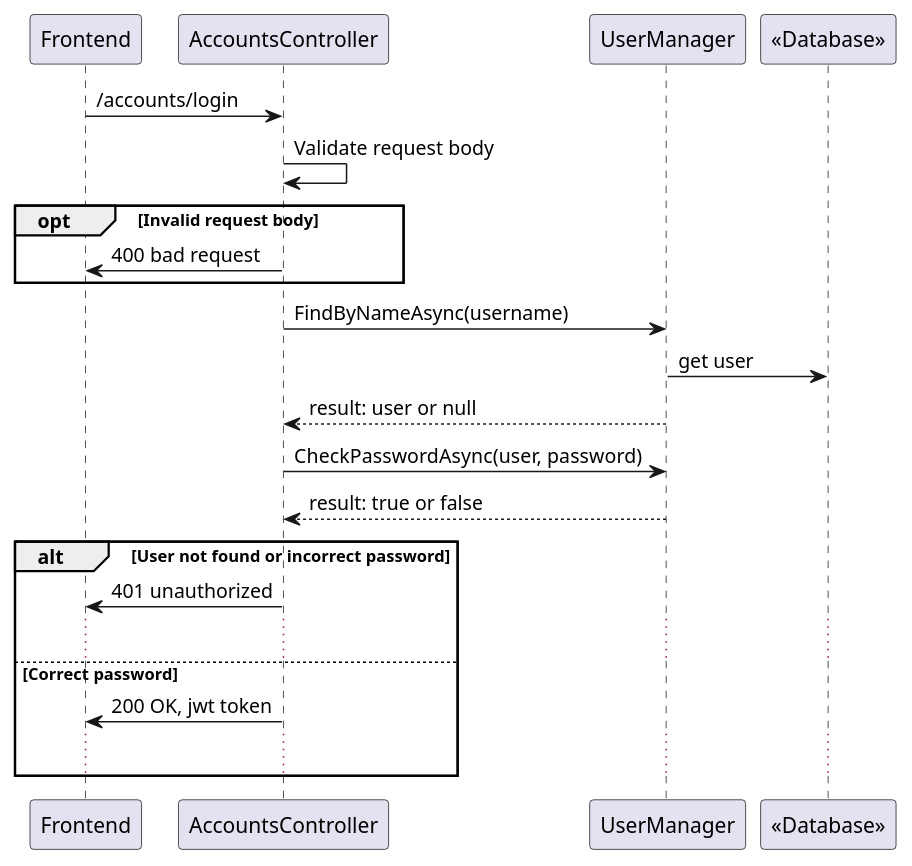
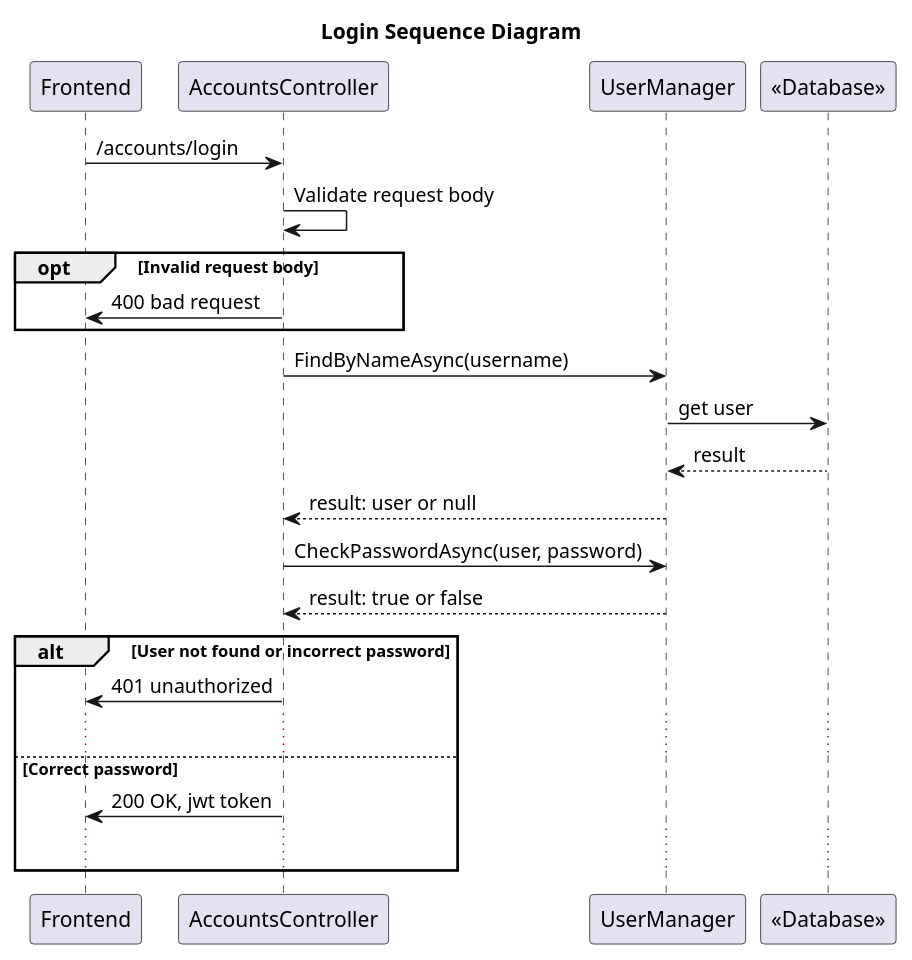
Before and after one commit to a-chiha/FinanceTrackerBackend: the diagram in diagrams/backend/loginSequence.puml, drawn with PlantUML. The commit also changed 12 other files, not shown here.

```diff
--- a/diagrams/backend/loginSequence.puml
+++ b/diagrams/backend/loginSequence.puml
@@ -2,33 +2,33 @@
 @startuml
-
+title Login Sequence Diagram
 participant "Frontend" as Frontend
 participant "AccountsController" as AccountsController
 participant "UserManager" as UserManager
 participant "<<Database>>" as Database
 
 Frontend -> AccountsController: /accounts/login
 AccountsController -> AccountsController: Validate request body
 opt Invalid request body
 AccountsController -> Frontend: 400 bad request 
 end
 AccountsController -> UserManager: FindByNameAsync(username)
 UserManager -> Database: get user
-
+Database --> UserManager: result
 UserManager --> AccountsController: result: user or null
 
 AccountsController -> UserManager: CheckPasswordAsync(user, password)
 UserManager --> AccountsController: result: true or false
 
 alt User not found or incorrect password
 
 AccountsController -> Frontend: 401 unauthorized
 ...
 else Correct password
 
 AccountsController -> Frontend: 200 OK, jwt token
 ...
 end
 
 
 
 @enduml
```
